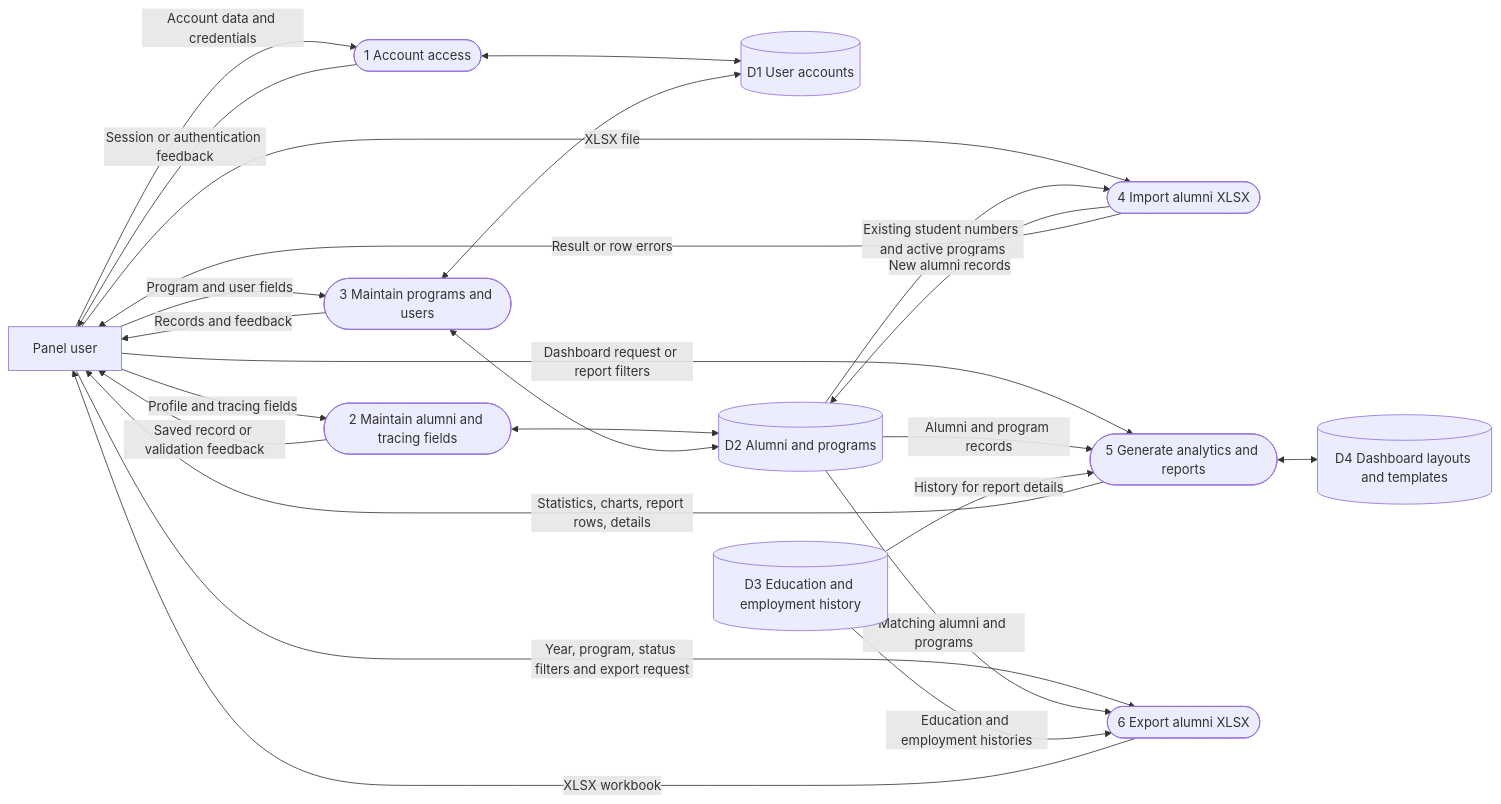
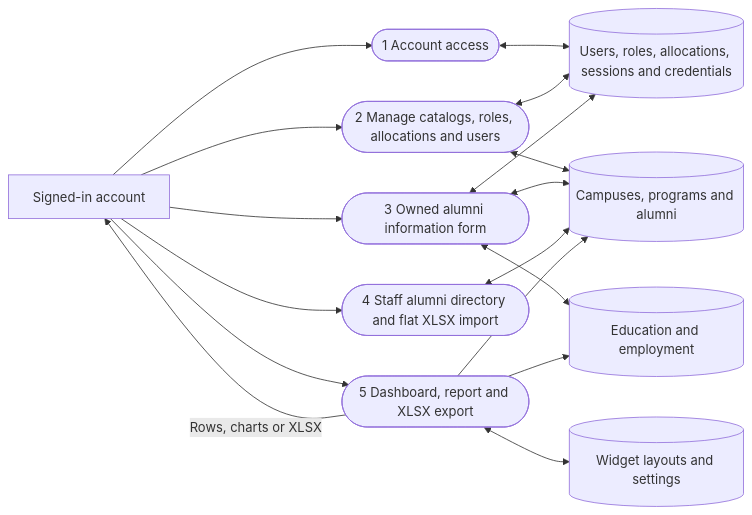
One commit to zrlldy/alumni-tracer changed the second of 2 diagrams in data-and-process-modeling.md. Above: the diagram before and after it, drawn with Mermaid. The commit also changed other lines of this file and 4 other files, not shown here.

````diff
--- a/data-and-process-modeling.md
+++ b/data-and-process-modeling.md
@@ -65,38 +23,29 @@
-```mermaid
+~~~mermaid
 flowchart LR
-    U[Panel user]
-    A([1 Account access])
-    C([2 Maintain alumni and tracing fields])
-    P([3 Maintain programs and users])
-    I([4 Import alumni XLSX])
-    R([5 Generate analytics and reports])
-    X([6 Export alumni XLSX])
-    D1[(D1 User accounts)]
-    D2[(D2 Alumni and programs)]
-    D3[(D3 Education and employment history)]
-    D4[(D4 Dashboard layouts and templates)]
-
-    U -->|Account data and credentials| A
-    A <--> D1
-    A -->|Session or authentication feedback| U
-    U -->|Profile and tracing fields| C
-    C <--> D2
-    C -->|Saved record or validation feedback| U
-    U -->|Program and user fields| P
-    P <--> D1
-    P <--> D2
-    P -->|Records and feedback| U
-    U -->|XLSX file| I
-    D2 -->|Existing student numbers and active programs| I
-    I -->|New alumni records| D2
-    I -->|Result or row errors| U
-    U -->|Dashboard request or report filters| R
-    D2 -->|Alumni and program records| R
-    D3 -->|History for report details| R
-    R <--> D4
-    R -->|Statistics, charts, report rows, details| U
-    U -->|Year, program, status filters and export request| X
-    D2 -->|Matching alumni and programs| X
-    D3 -->|Education and employment histories| X
-    X -->|XLSX workbook| U
-```
+    U[Signed-in account]
+    Auth([1 Account access])
+    Admin([2 Manage catalogs, roles, allocations and users])
+    Form([3 Owned alumni information form])
+    Registry([4 Staff alumni directory and flat XLSX import])
+    Report([5 Dashboard, report and XLSX export])
+    D1[(Users, roles, allocations, sessions and credentials)]
+    D2[(Campuses, programs and alumni)]
+    D3[(Education and employment)]
+    D4[(Widget layouts and settings)]
+    U --> Auth
+    Auth <--> D1
+    U --> Admin
+    Admin <--> D1
+    Admin <--> D2
+    U --> Form
+    Form <--> D1
+    Form <--> D2
+    Form <--> D3
+    U --> Registry
+    Registry <--> D2
+    U --> Report
+    Report --> D2
+    Report --> D3
+    Report <--> D4
+    Report -->|Rows, charts or XLSX| U
+~~~
````
